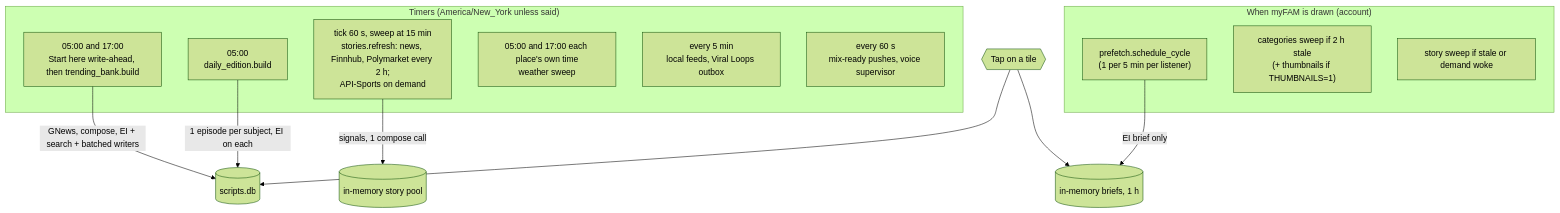
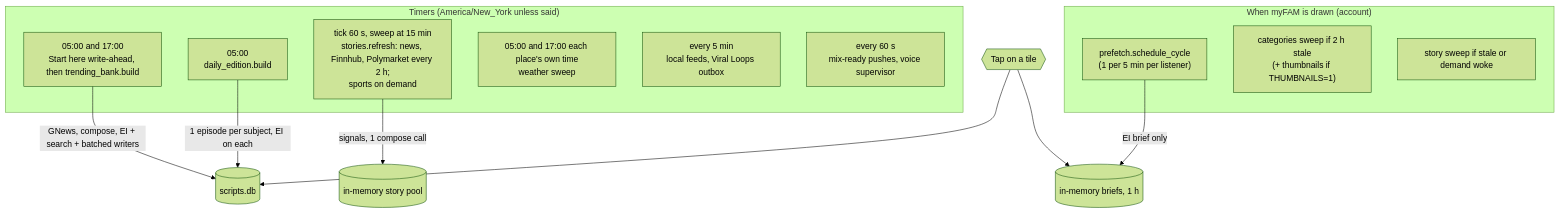
Before and after one commit to tjweingart-byte/FAM: the fourth of 5 diagrams in docs/BACKEND.md, drawn with Mermaid (forest theme). The commit also changed other lines of this file and 61 other files, not shown here.

````diff
--- a/docs/BACKEND.md
+++ b/docs/BACKEND.md
@@ -336,22 +336,22 @@
 ```mermaid
 flowchart TB
   subgraph Timers["Timers (America/New_York unless said)"]
     T1["05:00 and 17:00<br/>Start here write-ahead, then trending_bank.build"]
     T2["05:00<br/>daily_edition.build"]
-    T3["tick 60 s, sweep at 15 min<br/>stories.refresh: news, Finnhub, Polymarket every 2 h;<br/>API-Sports on demand"]
+    T3["tick 60 s, sweep at 15 min<br/>stories.refresh: news, Finnhub, Polymarket every 2 h;<br/>sports on demand"]
     T4["05:00 and 17:00 each place's own time<br/>weather sweep"]
     T5["every 5 min<br/>local feeds, Viral Loops outbox"]
     T6["every 60 s<br/>mix-ready pushes, voice supervisor"]
   end
   subgraph OnView["When myFAM is drawn (account)"]
     D1["prefetch.schedule_cycle<br/>(1 per 5 min per listener)"]
     D2["categories sweep if 2 h stale<br/>(+ thumbnails if THUMBNAILS=1)"]
     D3["story sweep if stale or demand woke"]
   end
   T1 -->|GNews, compose, EI + search + batched writers| CACHE[("scripts.db")]
   T2 -->|1 episode per subject, EI on each| CACHE
   T3 -->|signals, 1 compose call| POOL[("in-memory story pool")]
   D1 -->|EI brief only| BRIEFS[("in-memory briefs, 1 h")]
   TAP{{Tap on a tile}} --> CACHE
   TAP --> BRIEFS
 ```
````
